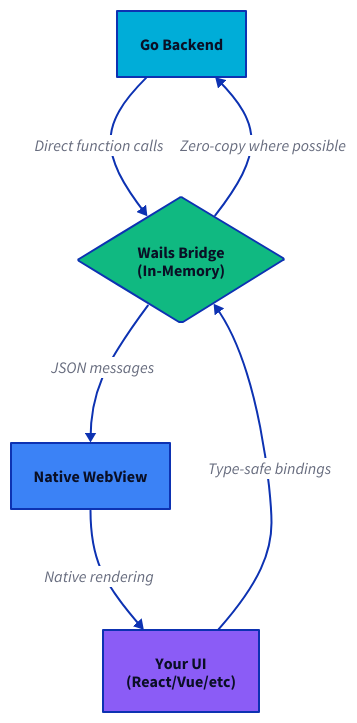
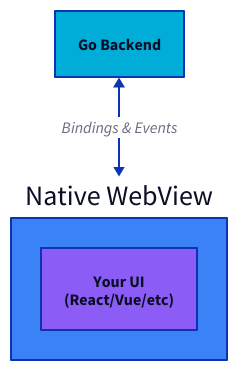
One commit to wailsapp/wails changed the diagram in docs/src/content/docs/quick-start/why-wails.mdx. Above: the diagram before and after it, drawn with D2. The commit also changed other lines of this file and 19 other files, not shown here.

````diff
--- a/docs/src/content/docs/quick-start/why-wails.mdx
+++ b/docs/src/content/docs/quick-start/why-wails.mdx
@@ -79,29 +79,23 @@
 ```d2
 direction: down
 
 Go: "Go Backend" {
   shape: rectangle
   style.fill: "#00ADD8"
 }
 
-Bridge: "Wails Bridge\n(In-Memory)" {
-  shape: diamond
-  style.fill: "#10B981"
-}
-
 WebView: "Native WebView" {
   shape: rectangle
   style.fill: "#3B82F6"
+
+    Frontend: "Your UI\n(React/Vue/etc)" {
+      shape: rectangle
+      style.fill: "#8B5CF6"
+    }
+
 }
 
-Frontend: "Your UI\n(React/Vue/etc)" {
-  shape: rectangle
-  style.fill: "#8B5CF6"
-}
 
-Go -> Bridge: "Direct function calls"
-Bridge -> WebView: "JSON messages"
-WebView -> Frontend: "Native rendering"
-Frontend -> Bridge: "Type-safe bindings"
-Bridge -> Go: "Zero-copy where possible"
+
+Go <-> WebView: "Bindings & Events"
 ```
````
